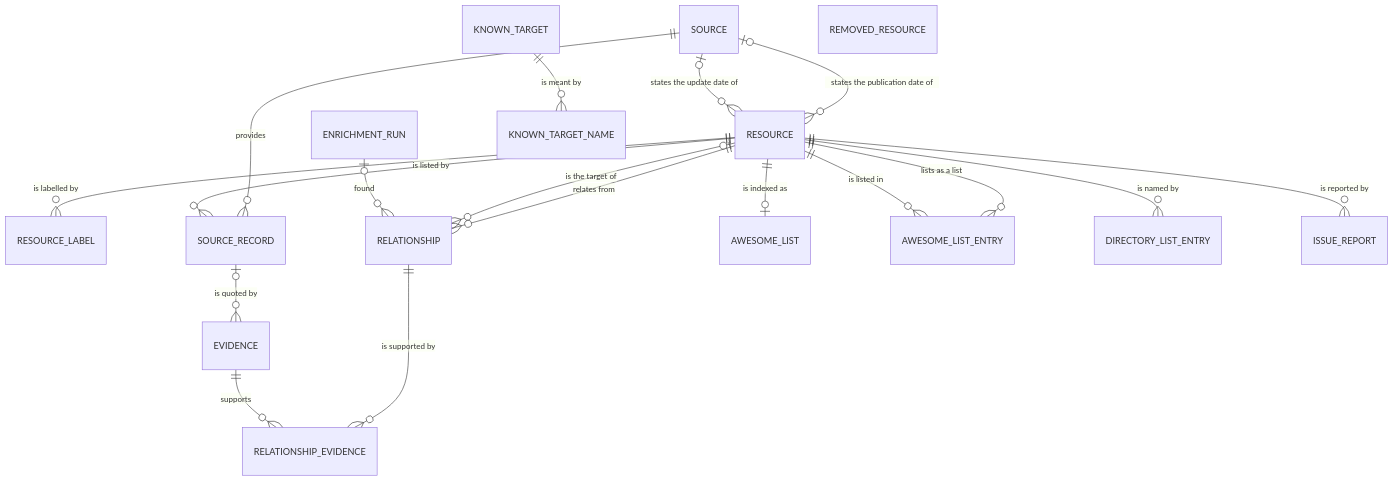
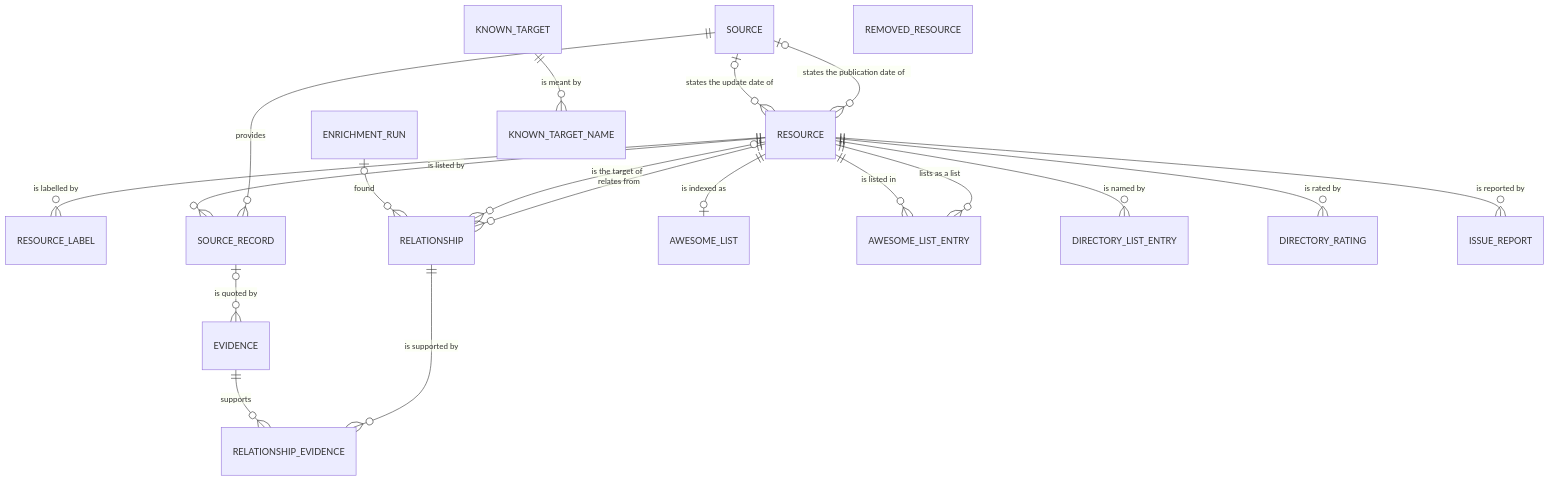
One commit to silvioincalza/helper2.ai changed the diagram in docs/entity_model/catalog.md. Above: the diagram before and after it, drawn with Mermaid. The commit also changed other lines of this file and 23 other files, not shown here.

````diff
--- a/docs/entity_model/catalog.md
+++ b/docs/entity_model/catalog.md
@@ -7,21 +7,22 @@
 ```mermaid
 erDiagram
     SOURCE |o--o{ RESOURCE : "states the publication date of"
     SOURCE |o--o{ RESOURCE : "states the update date of"
     RESOURCE ||--o{ RESOURCE_LABEL : "is labelled by"
     SOURCE ||--o{ SOURCE_RECORD : "provides"
     RESOURCE ||--o{ SOURCE_RECORD : "is listed by"
     SOURCE_RECORD |o--o{ EVIDENCE : "is quoted by"
     RESOURCE ||--o{ RELATIONSHIP : "relates from"
     RESOURCE |o--o{ RELATIONSHIP : "is the target of"
     ENRICHMENT_RUN |o--o{ RELATIONSHIP : "found"
     RELATIONSHIP ||--o{ RELATIONSHIP_EVIDENCE : "is supported by"
     EVIDENCE ||--o{ RELATIONSHIP_EVIDENCE : "supports"
     RESOURCE ||--o| AWESOME_LIST : "is indexed as"
     RESOURCE ||--o{ AWESOME_LIST_ENTRY : "lists as a list"
     RESOURCE ||--o{ AWESOME_LIST_ENTRY : "is listed in"
     RESOURCE ||--o{ DIRECTORY_LIST_ENTRY : "is named by"
+    RESOURCE ||--o{ DIRECTORY_RATING : "is rated by"
     KNOWN_TARGET ||--o{ KNOWN_TARGET_NAME : "is meant by"
     RESOURCE ||--o{ ISSUE_REPORT : "is reported by"
     REMOVED_RESOURCE
 ```
````
